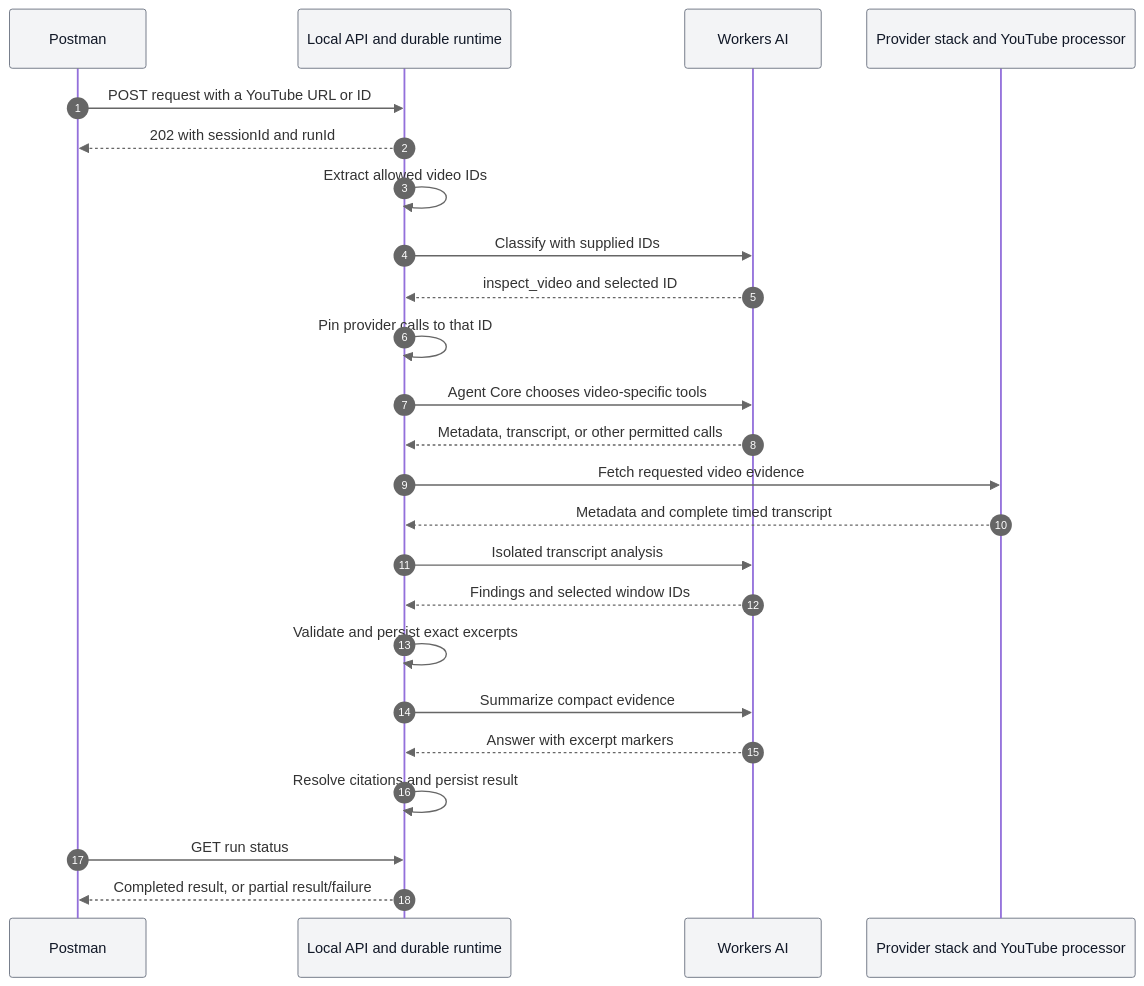
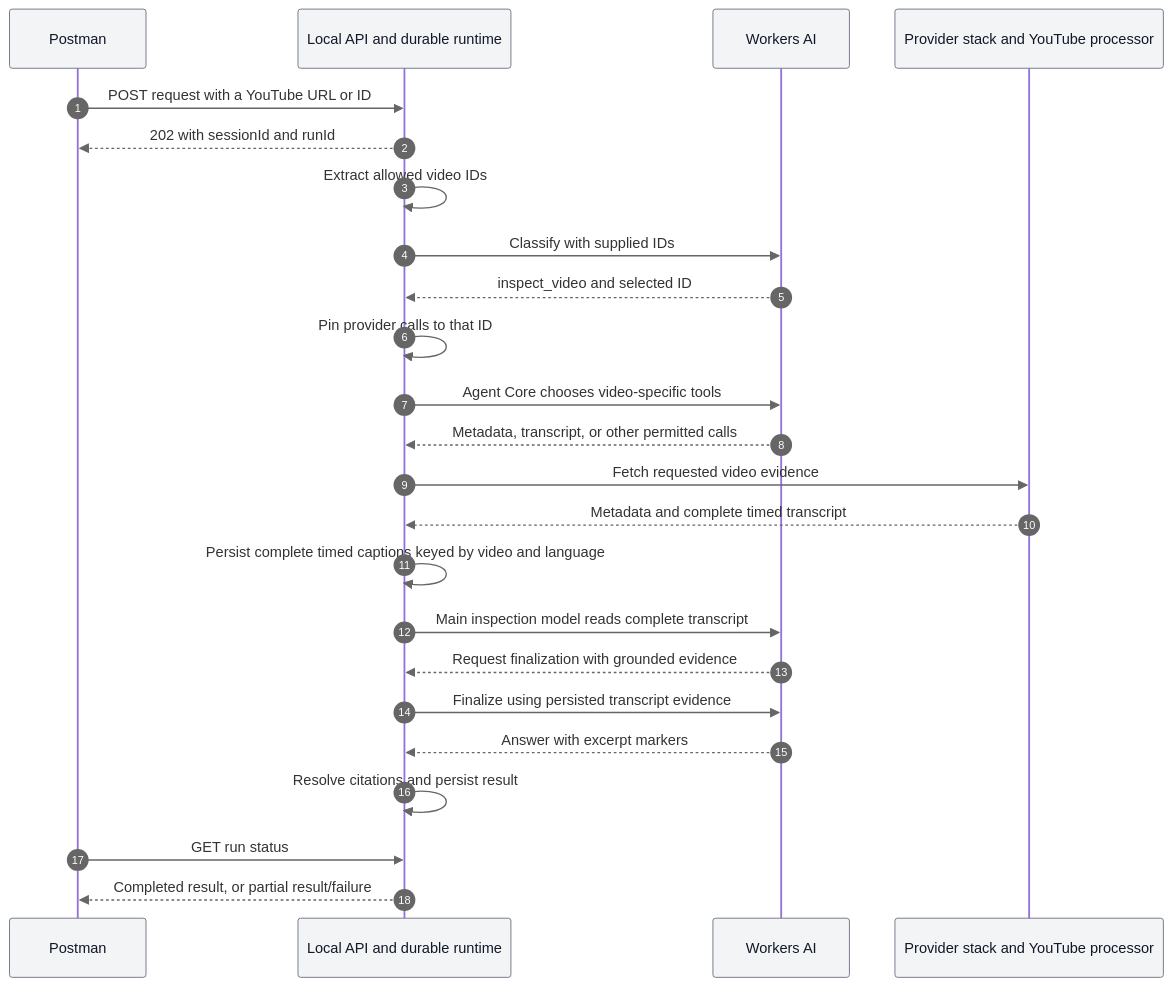
Before and after one commit to devhims/video2ctx: the second of 3 diagrams in reference/engineering/AGENT_PATHS_AND_LIMITS.md, drawn with Mermaid. The commit also changed other lines of this file and 10 other files, not shown here.

Commit message:
Simplify single-video transcript inspection and validate storyboard selections (#57)

````diff
--- a/reference/engineering/AGENT_PATHS_AND_LIMITS.md
+++ b/reference/engineering/AGENT_PATHS_AND_LIMITS.md
@@ -66,27 +66,27 @@
 ```mermaid
 %%{init: {"themeVariables": {"signalColor": "#666666", "sequenceNumberColor": "#ffffff", "actorBkg": "#f3f4f6", "actorTextColor": "#111827", "actorBorder": "#6b7280"}}}%%
 sequenceDiagram
     autonumber
     participant P as Postman
     participant R as Local API and durable runtime
     participant M as Workers AI
     participant Y as Provider stack and YouTube processor
     P->>R: POST request with a YouTube URL or ID
     R-->>P: 202 with sessionId and runId
     R->>R: Extract allowed video IDs
     R->>M: Classify with supplied IDs
     M-->>R: inspect_video and selected ID
     R->>R: Pin provider calls to that ID
     R->>M: Agent Core chooses video-specific tools
     M-->>R: Metadata, transcript, or other permitted calls
     R->>Y: Fetch requested video evidence
     Y-->>R: Metadata and complete timed transcript
-    R->>M: Isolated transcript analysis
-    M-->>R: Findings and selected window IDs
-    R->>R: Validate and persist exact excerpts
-    R->>M: Summarize compact evidence
+    R->>R: Persist complete timed captions keyed by video and language
+    R->>M: Main inspection model reads complete transcript
+    M-->>R: Request finalization with grounded evidence
+    R->>M: Finalize using persisted transcript evidence
     M-->>R: Answer with excerpt markers
     R->>R: Resolve citations and persist result
     P->>R: GET run status
     R-->>P: Completed result, or partial result/failure
 ```
````
